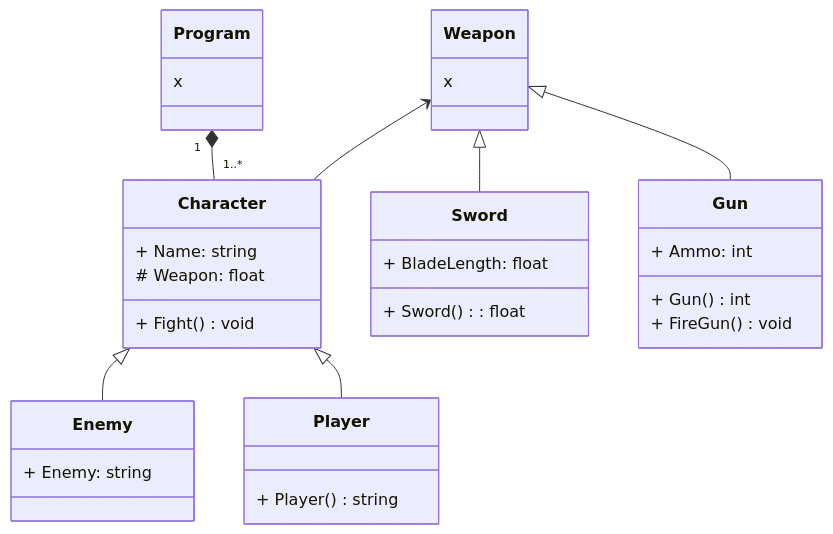
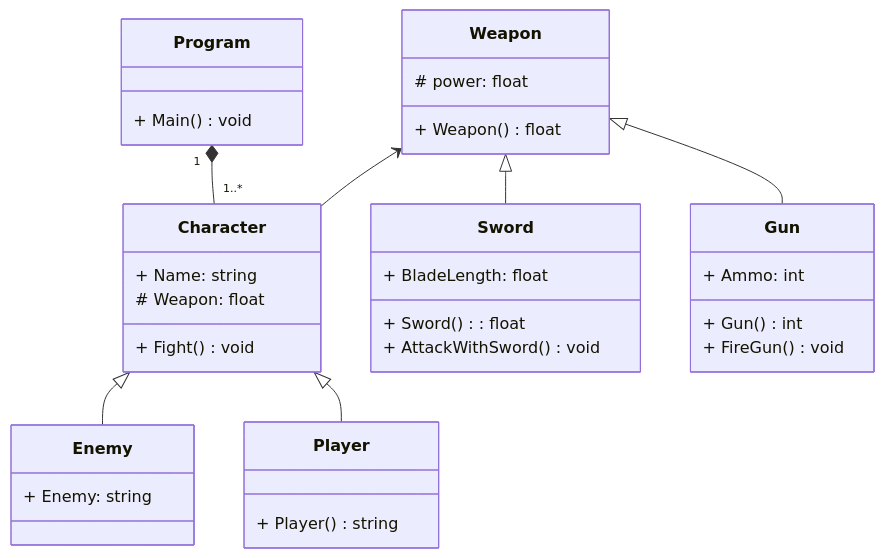
One commit to Sonia-Raposo/LP1Semana07 changed the diagram in README.md. Above: the diagram before and after it, drawn with Mermaid.

Commit message:
Completed classes

````diff
--- a/README.md
+++ b/README.md
@@ -3,48 +3,50 @@
 ```mermaid
 
 classDiagram
 
     class Program {
-        x
+        + Main()void
     }
 
     class Character {
         + Name: string
         + Fight()void
         # Weapon: float
     }
 
     class Enemy {
         + Enemy: string
     }
 
     class Player {
         + Player()string
     }
 
     class Weapon {
-        x
+        # power: float
+        + Weapon ()float
     }
 
     class Sword {
         + BladeLength: float
         + Sword(): float
+        + AttackWithSword()void
     }
 
     class Gun {
         + Ammo: int
         + Gun()int
         + FireGun()void
     }
 
 
     Program "1" *-- "1..*" Character
 
     Character <|-- Enemy
     Character <|-- Player
 
     Weapon <-- Character
     Weapon <|-- Sword
     Weapon <|-- Gun
 
 ```
````
